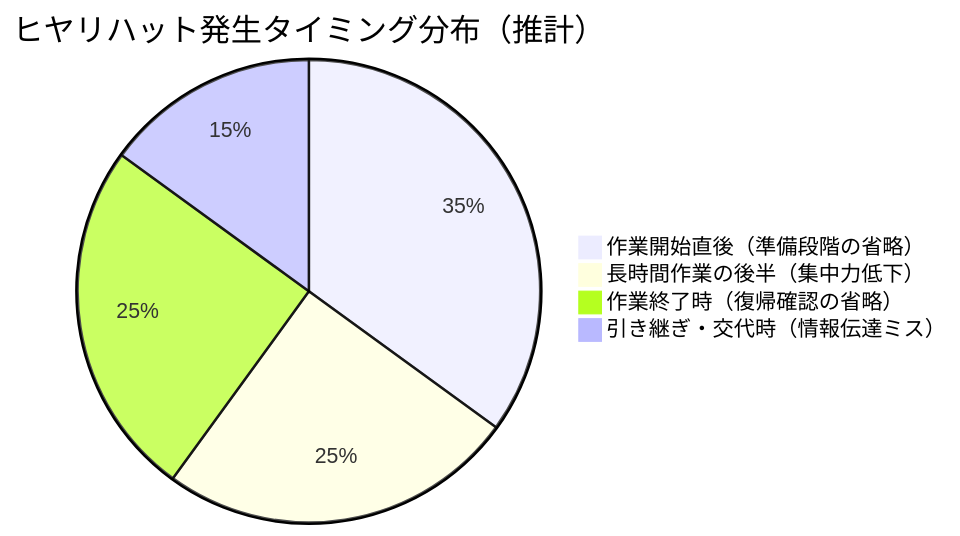
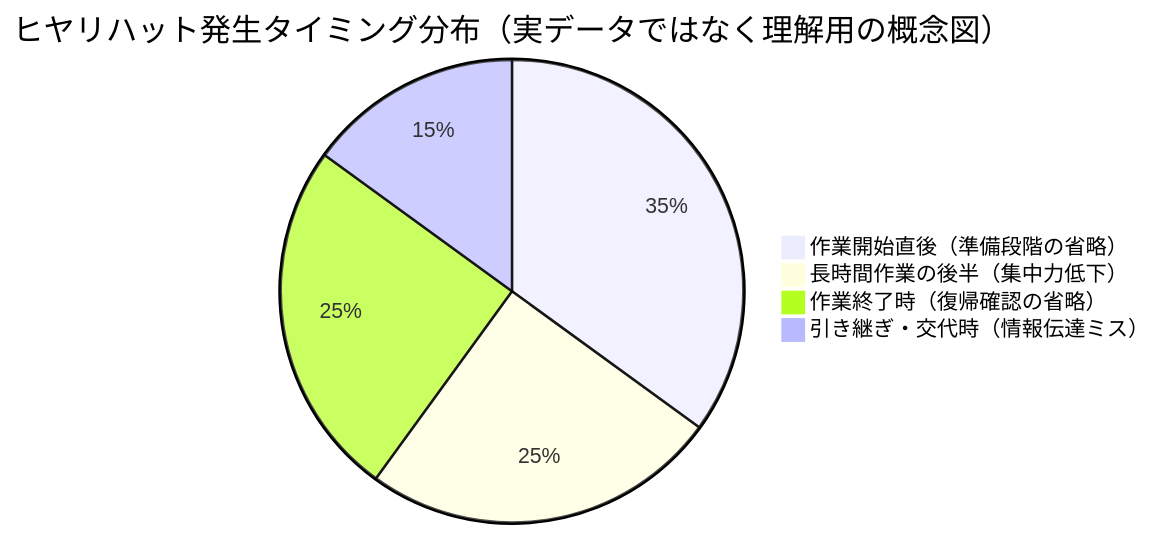
One commit to kfurufuru/ei-wiki changed the diagram in docs/10-safety/near-miss.md. Above: the diagram before and after it, drawn with Mermaid. The commit also changed other lines of this file and 73 other files, not shown here.

````diff
--- a/docs/10-safety/near-miss.md
+++ b/docs/10-safety/near-miss.md
@@ -111,7 +112,7 @@
 ```mermaid
-pie title ヒヤリハット発生タイミング分布（推計）
+pie title ヒヤリハット発生タイミング分布（実データではなく理解用の概念図）
     "作業開始直後（準備段階の省略）" : 35
     "長時間作業の後半（集中力低下）" : 25
     "作業終了時（復帰確認の省略）" : 25
     "引き継ぎ・交代時（情報伝達ミス）" : 15
 ```
````
